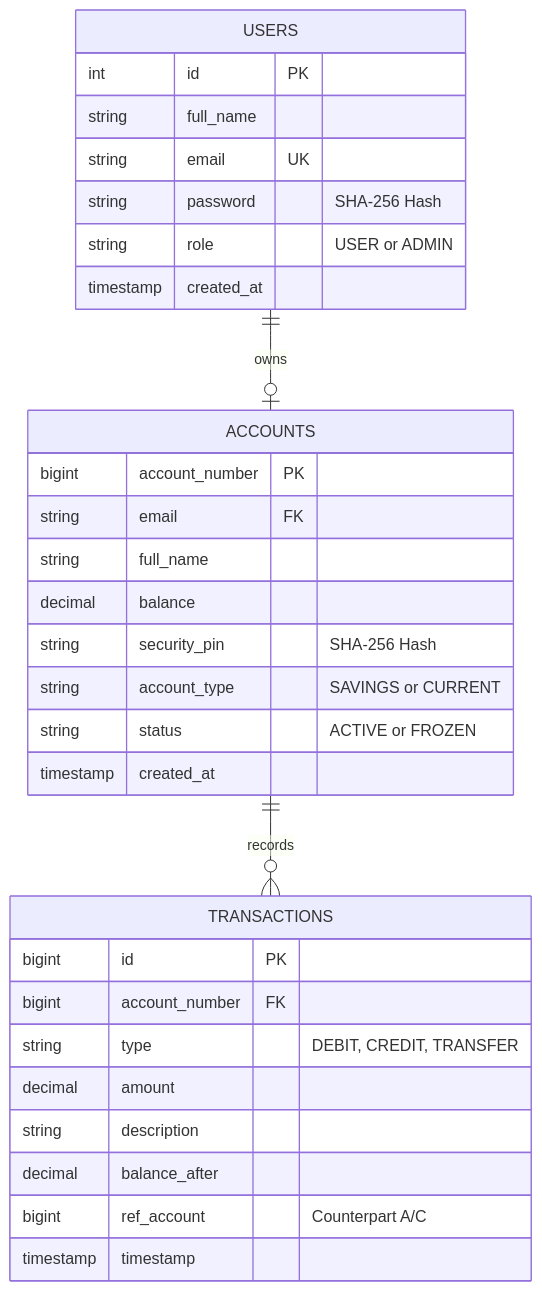
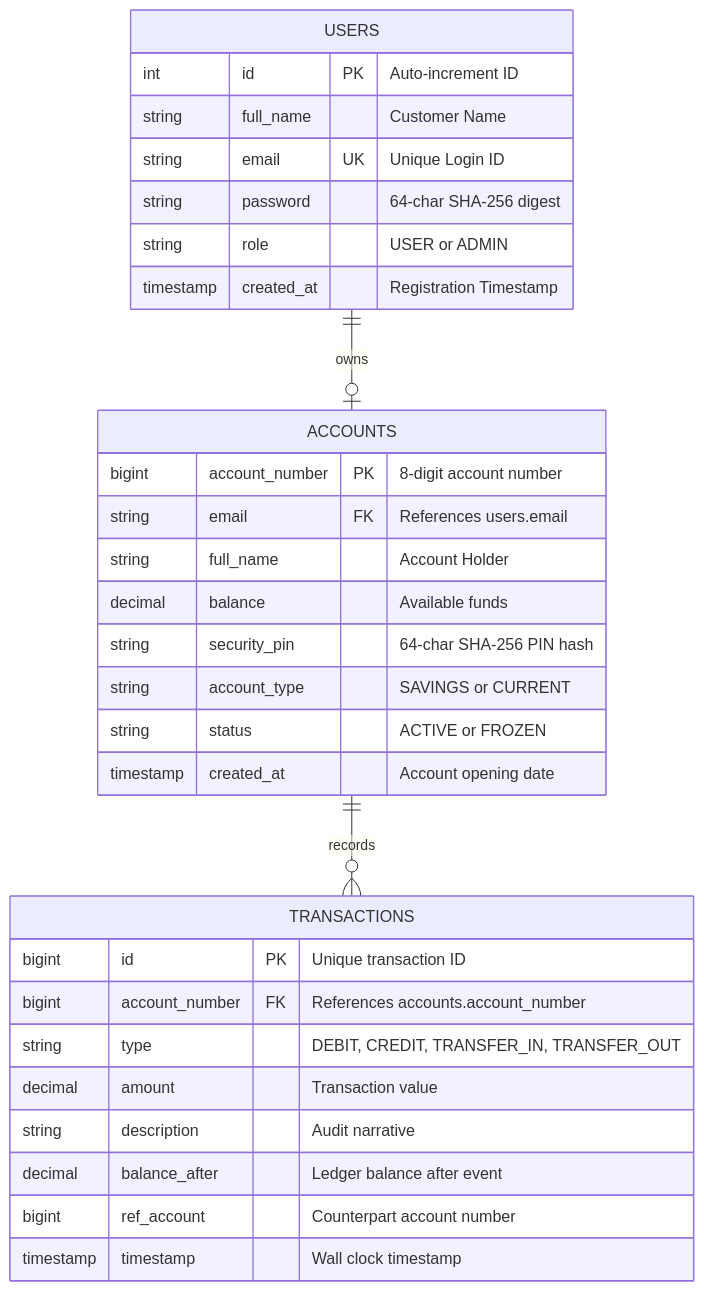
The fifth of 5 diagrams in README.md (knoxiboy/Banking_System), drawn with Mermaid before and after one commit. The commit also changed other lines of this file and 1 other file, not shown here.

Commit message:
docs: add comprehensive architectural guide in doc/ and overhaul README with workflows, diagrams, and evaluation manual

````diff
--- a/README.md
+++ b/README.md
@@ -97,36 +210,36 @@
 ```mermaid
 erDiagram
     USERS ||--o| ACCOUNTS : "owns"
     ACCOUNTS ||--o{ TRANSACTIONS : "records"
 
     USERS {
-        int id PK
-        string full_name
-        string email UK
-        string password "SHA-256 Hash"
+        int id PK "Auto-increment ID"
+        string full_name "Customer Name"
+        string email UK "Unique Login ID"
+        string password "64-char SHA-256 digest"
         string role "USER or ADMIN"
-        timestamp created_at
+        timestamp created_at "Registration Timestamp"
     }
 
     ACCOUNTS {
-        bigint account_number PK
-        string email FK
-        string full_name
-        decimal balance
-        string security_pin "SHA-256 Hash"
+        bigint account_number PK "8-digit account number"
+        string email FK "References users.email"
+        string full_name "Account Holder"
+        decimal balance "Available funds"
+        string security_pin "64-char SHA-256 PIN hash"
         string account_type "SAVINGS or CURRENT"
         string status "ACTIVE or FROZEN"
-        timestamp created_at
+        timestamp created_at "Account opening date"
     }
 
     TRANSACTIONS {
-        bigint id PK
-        bigint account_number FK
-        string type "DEBIT, CREDIT, TRANSFER"
-        decimal amount
-        string description
-        decimal balance_after
-        bigint ref_account "Counterpart A/C"
-        timestamp timestamp
+        bigint id PK "Unique transaction ID"
+        bigint account_number FK "References accounts.account_number"
+        string type "DEBIT, CREDIT, TRANSFER_IN, TRANSFER_OUT"
+        decimal amount "Transaction value"
+        string description "Audit narrative"
+        decimal balance_after "Ledger balance after event"
+        bigint ref_account "Counterpart account number"
+        timestamp timestamp "Wall clock timestamp"
     }
 ```
````
